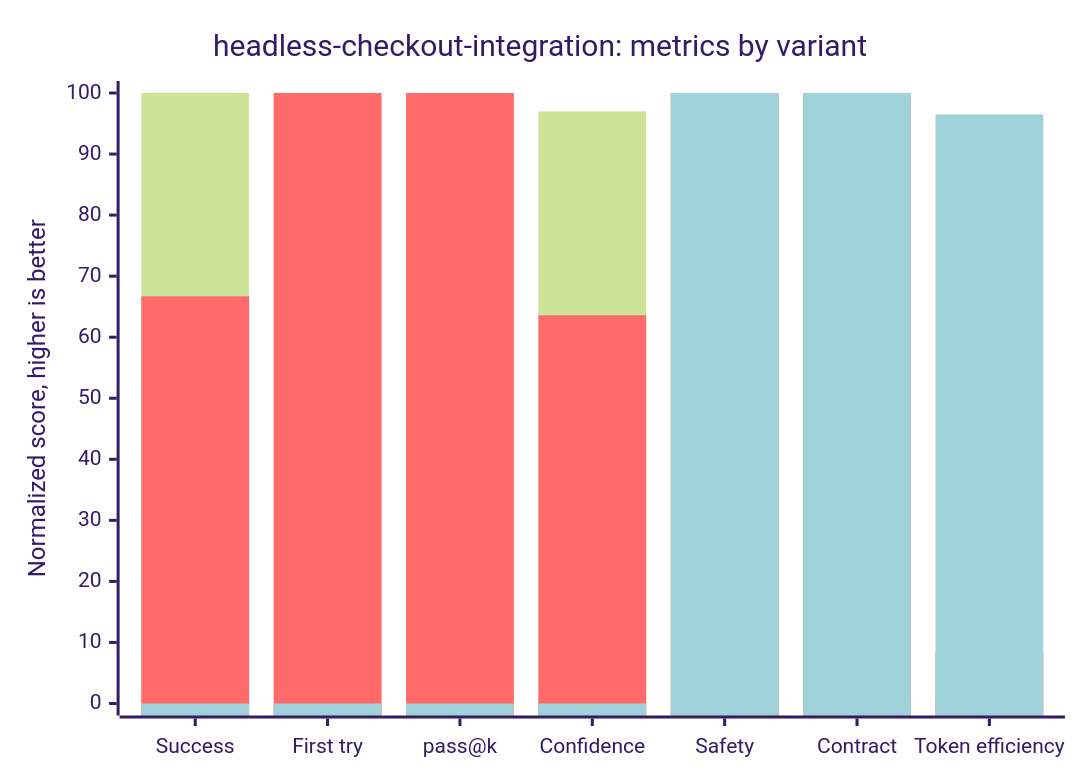
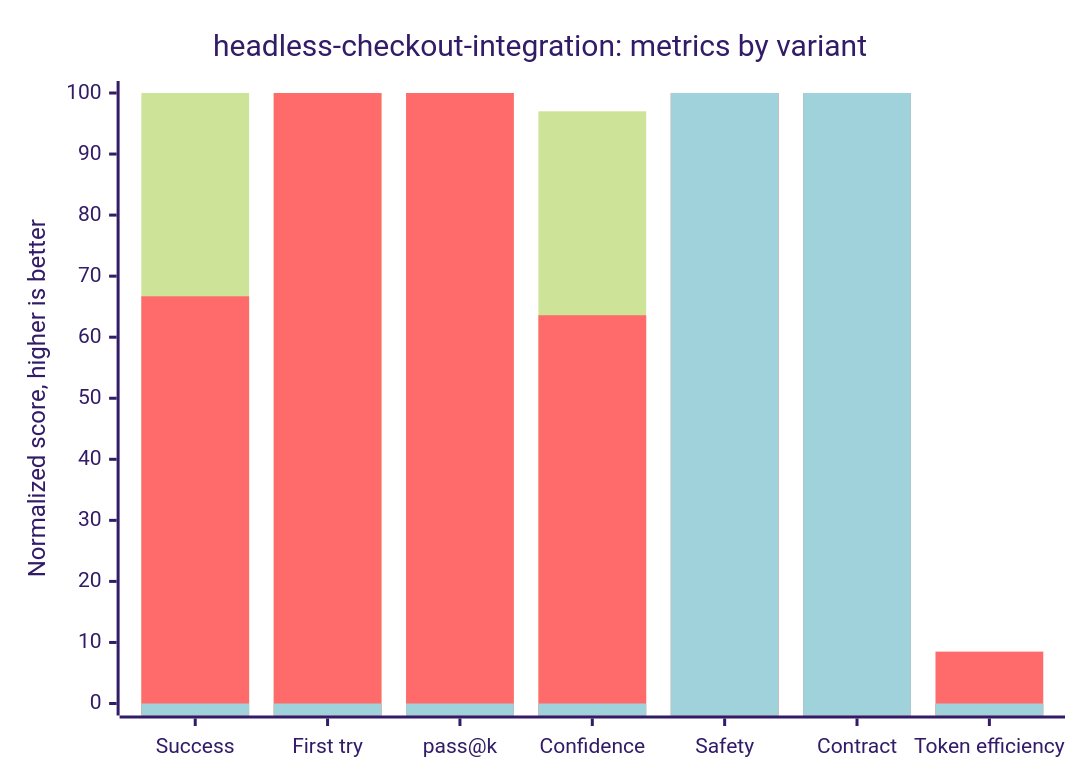
Before and after one commit to apyanzin-xsolla/ai-kit-eval-dashboard: the fourth of 7 diagrams in README.md, drawn with Mermaid (forest theme). The commit also changed other lines of this file and 1 other file, not shown here.

Commit message:
docs: fix per-skill chart token efficiency

````diff
--- a/README.md
+++ b/README.md
@@ -146,9 +146,9 @@
 ```mermaid
 xychart-beta
     title "headless-checkout-integration: metrics by variant"
     x-axis ["Success", "First try", "pass@k", "Confidence", "Safety", "Contract", "Token efficiency"]
     y-axis "Normalized score, higher is better" 0 --> 100
     bar [100, 100, 100, 97, 100, 100, 0]
     bar [66.7, 100, 100, 63.6, 100, 100, 8.5]
-    bar [0, 0, 0, 0, 100, 100, 96.5]
+    bar [0, 0, 0, 0, 100, 100, 0]
 ```
````
